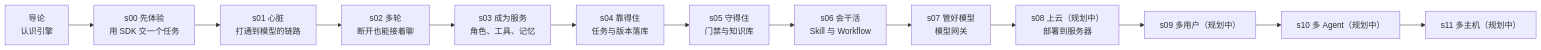
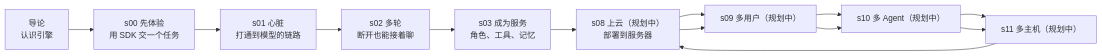
Before and after one commit to pengcong2020520/learn-codex-harness: the diagram in stages/introduction.md, drawn with Mermaid. The commit also changed other lines of this file and 633 other files, not shown here.

````diff
--- a/stages/introduction.md
+++ b/stages/introduction.md
@@ -227,15 +227,15 @@
 ```mermaid
 flowchart LR
   intro["导论<br/>认识引擎"] --> s00["s00 先体验<br/>用 SDK 交一个任务"]
   s00 --> s01["s01 心脏<br/>打通到模型的链路"]
   s01 --> s02["s02 多轮<br/>断开也能接着聊"]
   s02 --> s03["s03 成为服务<br/>角色、工具、记忆"]
-  s03 --> s04["s04 靠得住<br/>任务与版本落库"]
-  s04 --> s05["s05 守得住<br/>门禁与知识库"]
-  s05 --> s06["s06 会干活<br/>Skill 与 Workflow"]
-  s06 --> s07["s07 管好模型<br/>模型网关"]
-  s07 --> s08["s08 上云（规划中）<br/>部署到服务器"]
+  s03 --> s08["s08 靠得住<br/>任务与版本落库"]
+  s08 --> s09["s09 守得住<br/>门禁与知识库"]
+  s09 --> s10["s10 会干活<br/>Skill 与 Workflow"]
+  s10 --> s11["s11 管好模型<br/>模型网关"]
+  s11 --> s08["s08 上云（规划中）<br/>部署到服务器"]
   s08 --> s09["s09 多用户（规划中）"]
   s09 --> s10["s10 多 Agent（规划中）"]
   s10 --> s11["s11 多主机（规划中）"]
 ```
````
